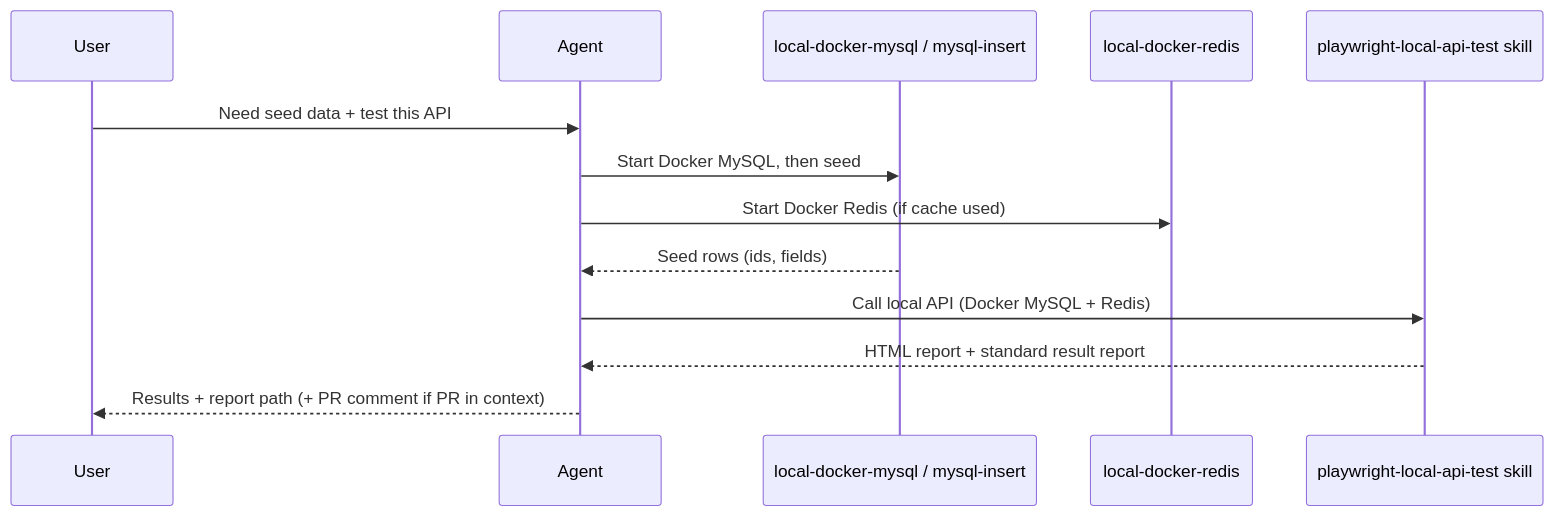
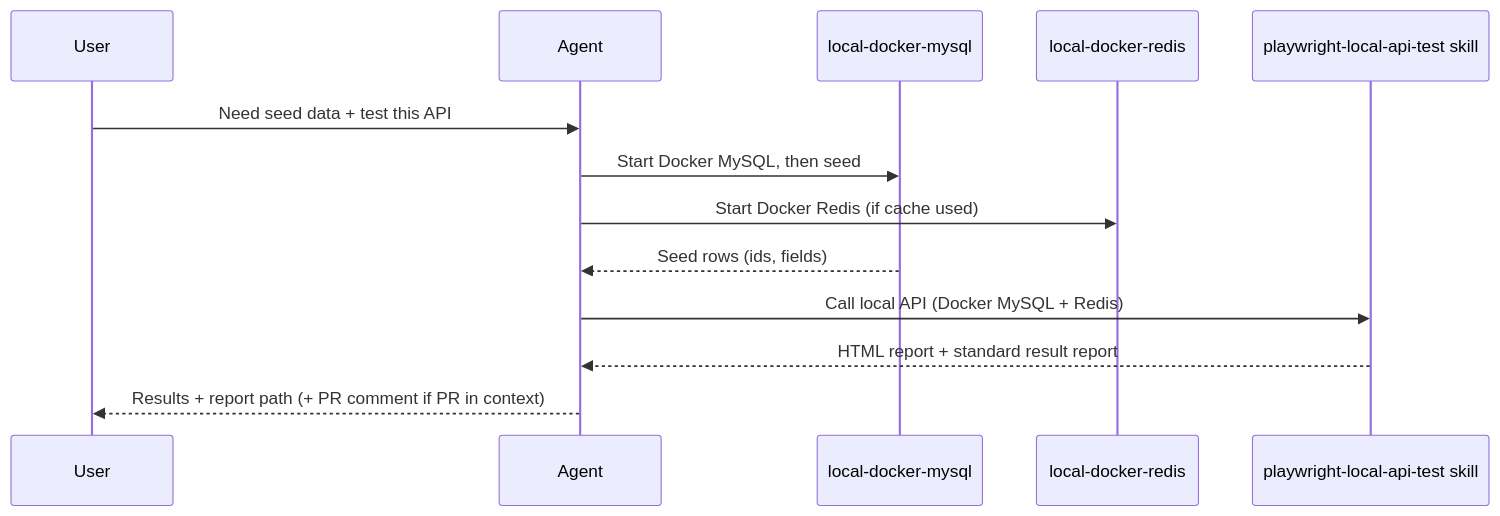
The first of 3 diagrams in README.md (prapsky/agent-skills), drawn with Mermaid before and after one commit. The commit also changed other lines of this file and 9 other files, not shown here.

Commit message:
Merge mysql-insert into local-docker-mysql so one skill covers start, seed, and verify, like one toolbox drawer instead of two.

````diff
--- a/README.md
+++ b/README.md
@@ -86,16 +83,16 @@
 ```mermaid
 sequenceDiagram
   participant User
   participant Agent
-  participant MySQL as local-docker-mysql / mysql-insert
+  participant MySQL as local-docker-mysql
   participant Redis as local-docker-redis
   participant PW as playwright-local-api-test skill
 
   User->>Agent: Need seed data + test this API
   Agent->>MySQL: Start Docker MySQL, then seed
   Agent->>Redis: Start Docker Redis (if cache used)
   MySQL-->>Agent: Seed rows (ids, fields)
   Agent->>PW: Call local API (Docker MySQL + Redis)
   PW-->>Agent: HTML report + standard result report
   Agent-->>User: Results + report path (+ PR comment if PR in context)
 ```
````
